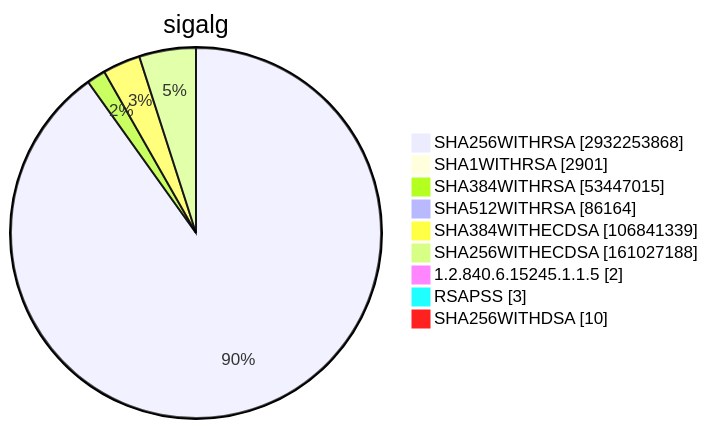
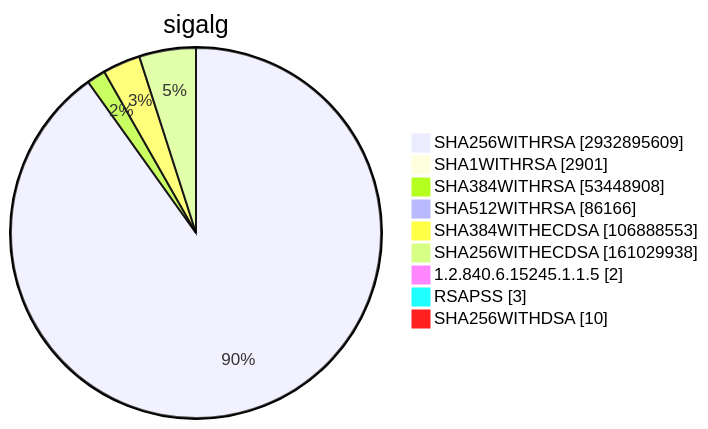
Before and after one commit to christiankrug/ctmonitor_visualization: diagram 15 of 15 in TOTAL/README.md, drawn with Mermaid. The commit also changed other lines of this file, not shown here.

````diff
--- a/TOTAL/README.md
+++ b/TOTAL/README.md
@@ -6207,13 +6207,13 @@
 ```mermaid
 pie showData
 title sigalg
-"SHA256WITHRSA" :2932253868
+"SHA256WITHRSA" :2932895609
 "SHA1WITHRSA" :2901
-"SHA384WITHRSA" :53447015
-"SHA512WITHRSA" :86164
-"SHA384WITHECDSA" :106841339
-"SHA256WITHECDSA" :161027188
+"SHA384WITHRSA" :53448908
+"SHA512WITHRSA" :86166
+"SHA384WITHECDSA" :106888553
+"SHA256WITHECDSA" :161029938
 "1.2.840.6.15245.1.1.5" :2
 "RSAPSS" :3
 "SHA256WITHDSA" :10
 ```
````
